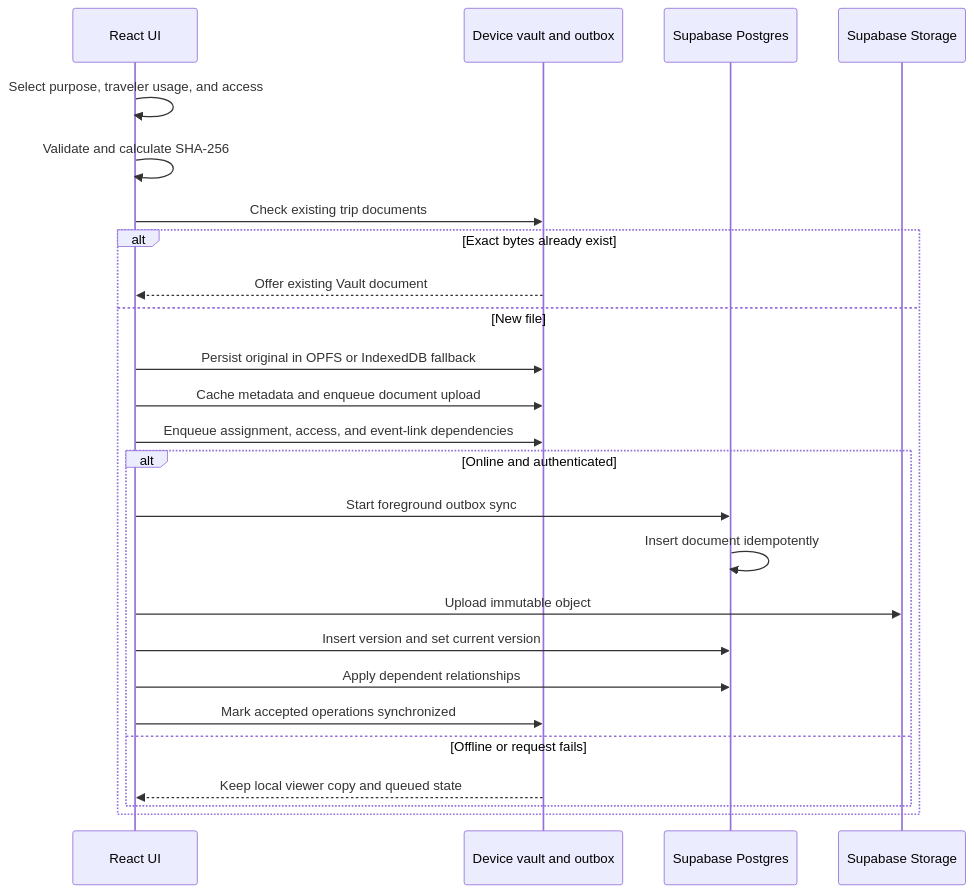
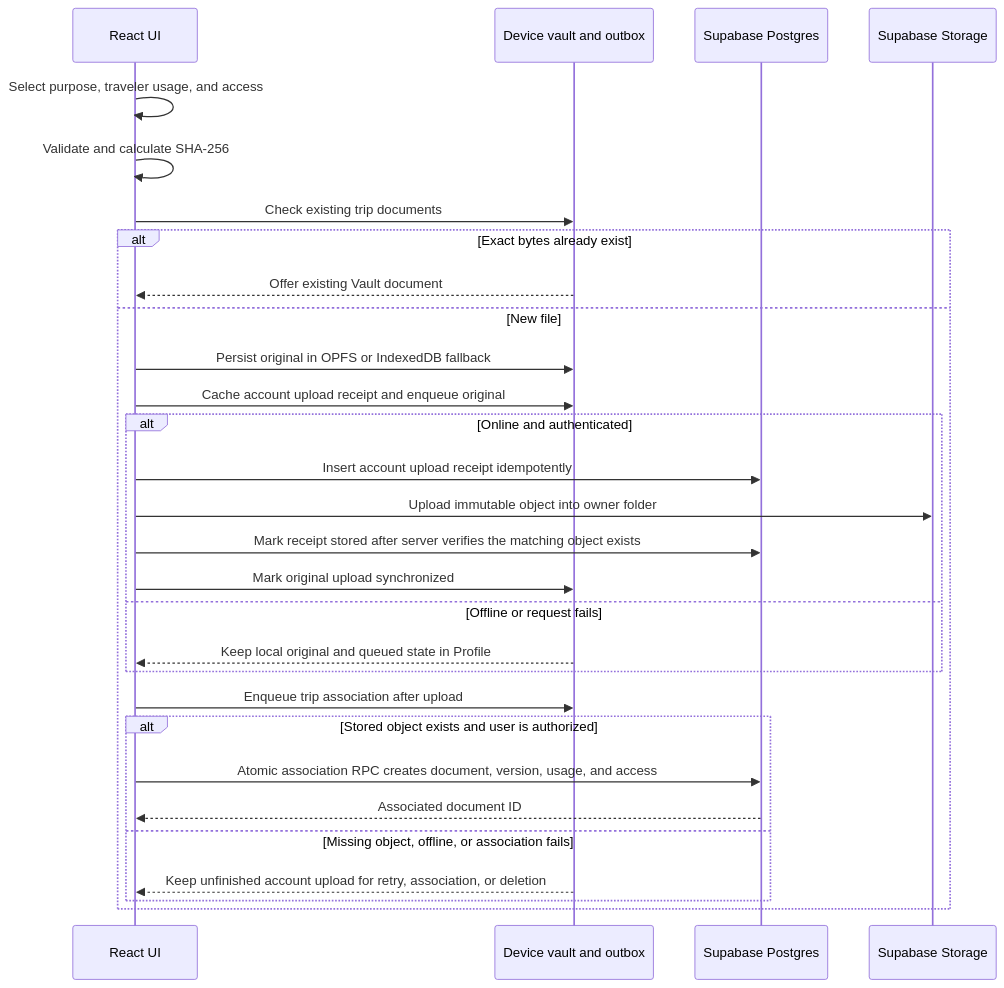
Before and after one commit to shantanu1258/trip-vault: the fourth of 13 diagrams in docs/LOW_LEVEL_DESIGN.md, drawn with Mermaid. The commit also changed other lines of this file and 59 other files, not shown here.

````diff
--- a/docs/LOW_LEVEL_DESIGN.md
+++ b/docs/LOW_LEVEL_DESIGN.md
@@ -1071,27 +1100,31 @@
 ```mermaid
 sequenceDiagram
     participant UI as React UI
     participant L as Device vault and outbox
     participant DB as Supabase Postgres
     participant S as Supabase Storage
     UI->>UI: Select purpose, traveler usage, and access
     UI->>UI: Validate and calculate SHA-256
     UI->>L: Check existing trip documents
     alt Exact bytes already exist
       L-->>UI: Offer existing Vault document
     else New file
       UI->>L: Persist original in OPFS or IndexedDB fallback
-      UI->>L: Cache metadata and enqueue document upload
-      UI->>L: Enqueue assignment, access, and event-link dependencies
+      UI->>L: Cache account upload receipt and enqueue original
       alt Online and authenticated
-        UI->>DB: Start foreground outbox sync
-        DB->>DB: Insert document idempotently
-        UI->>S: Upload immutable object
-        UI->>DB: Insert version and set current version
-        UI->>DB: Apply dependent relationships
-        UI->>L: Mark accepted operations synchronized
+        UI->>DB: Insert account upload receipt idempotently
+        UI->>S: Upload immutable object into owner folder
+        UI->>DB: Mark receipt stored after server verifies the matching object exists
+        UI->>L: Mark original upload synchronized
       else Offline or request fails
-        L-->>UI: Keep local viewer copy and queued state
+        L-->>UI: Keep local original and queued state in Profile
+      end
+      UI->>L: Enqueue trip association after upload
+      alt Stored object exists and user is authorized
+        UI->>DB: Atomic association RPC creates document, version, usage, and access
+        DB-->>UI: Associated document ID
+      else Missing object, offline, or association fails
+        L-->>UI: Keep unfinished account upload for retry, association, or deletion
       end
     end
 ```
````
